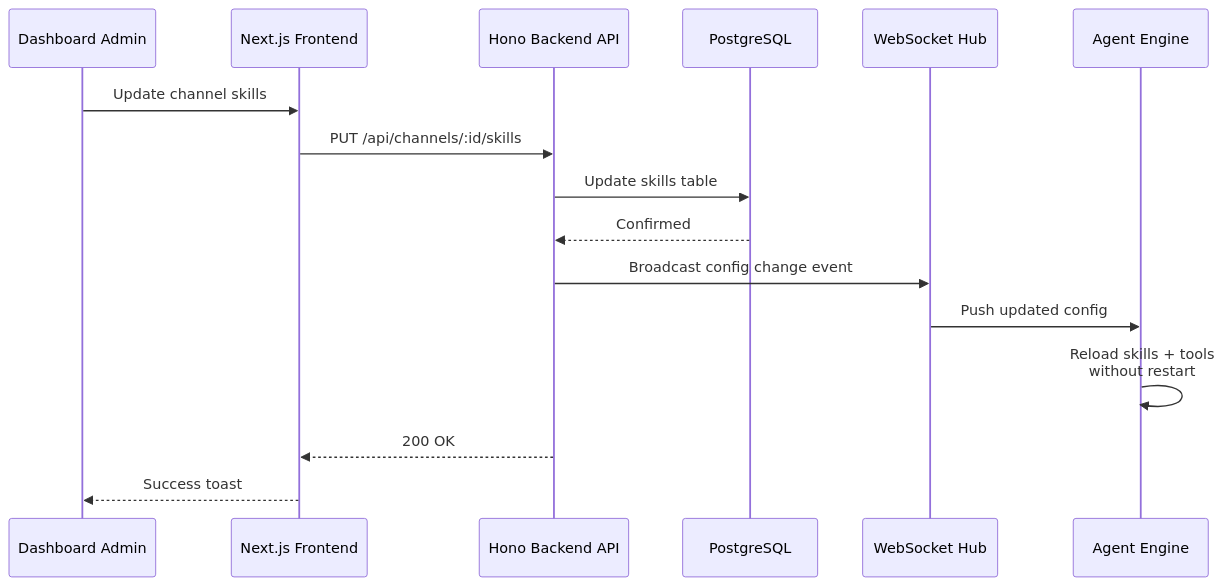
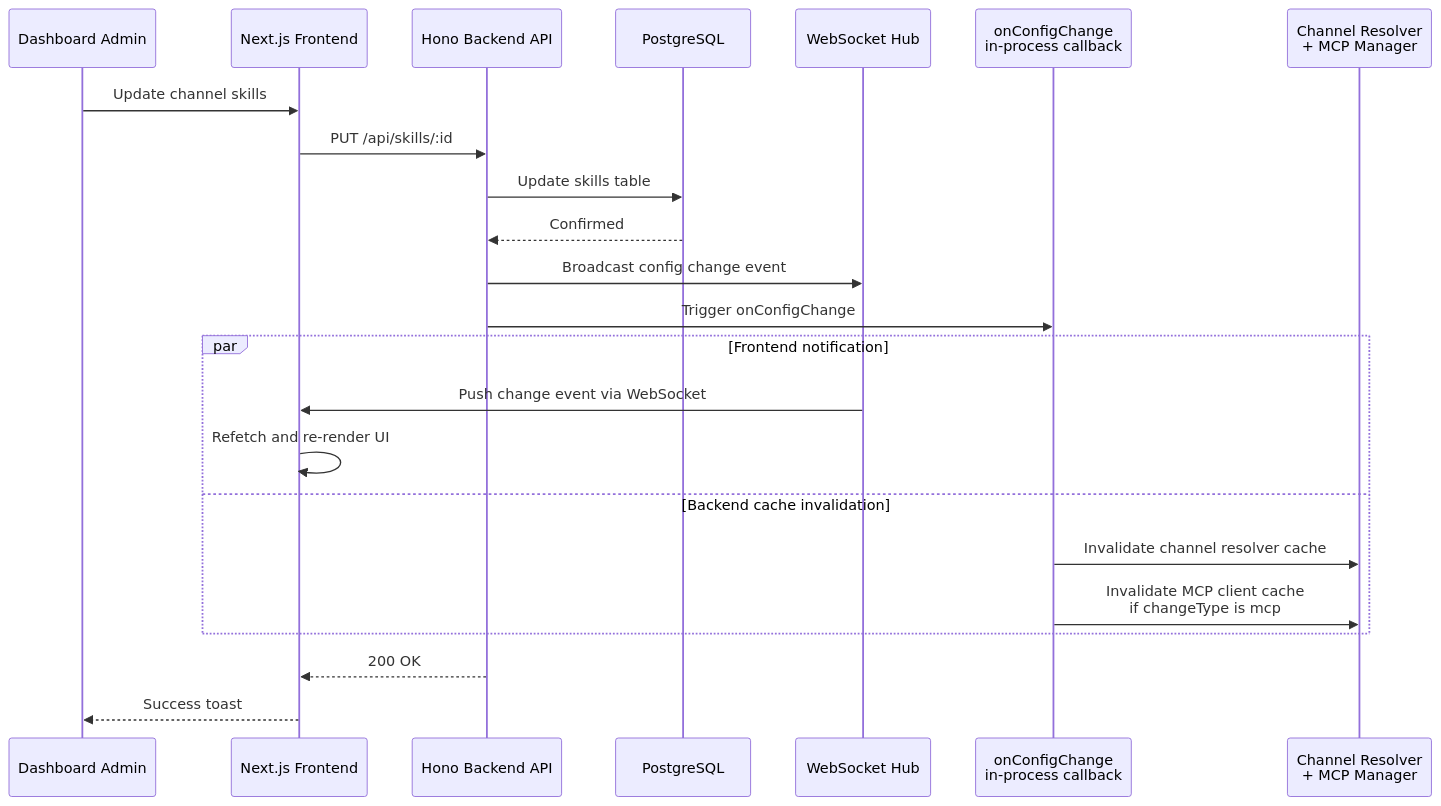
Diagram 13 of 14 in docs/ARCHITECTURE.md (chrisleekr/personal-claw), drawn with Mermaid before and after one commit. The commit also changed other lines of this file, not shown here.

Commit message:
docs(architecture): restructure into focused diagrams and concise reference tables

````diff
--- a/docs/ARCHITECTURE.md
+++ b/docs/ARCHITECTURE.md
@@ -810,19 +847,26 @@
 ```mermaid
 sequenceDiagram
     participant Admin as Dashboard Admin
     participant Web as Next.js Frontend
     participant API as Hono Backend API
     participant DB as PostgreSQL
     participant WS as WebSocket Hub
-    participant Agent as Agent Engine
+    participant Callback as onConfigChange<br/>in-process callback
+    participant Caches as Channel Resolver<br/>+ MCP Manager
 
     Admin->>Web: Update channel skills
-    Web->>API: PUT /api/channels/:id/skills
+    Web->>API: PUT /api/skills/:id
     API->>DB: Update skills table
     DB-->>API: Confirmed
     API->>WS: Broadcast config change event
-    WS->>Agent: Push updated config
-    Agent->>Agent: Reload skills + tools<br/>without restart
+    API->>Callback: Trigger onConfigChange
+    par Frontend notification
+        WS->>Web: Push change event via WebSocket
+        Web->>Web: Refetch and re-render UI
+    and Backend cache invalidation
+        Callback->>Caches: Invalidate channel resolver cache
+        Callback->>Caches: Invalidate MCP client cache<br/>if changeType is mcp
+    end
     API-->>Web: 200 OK
     Web-->>Admin: Success toast
 ```
````
